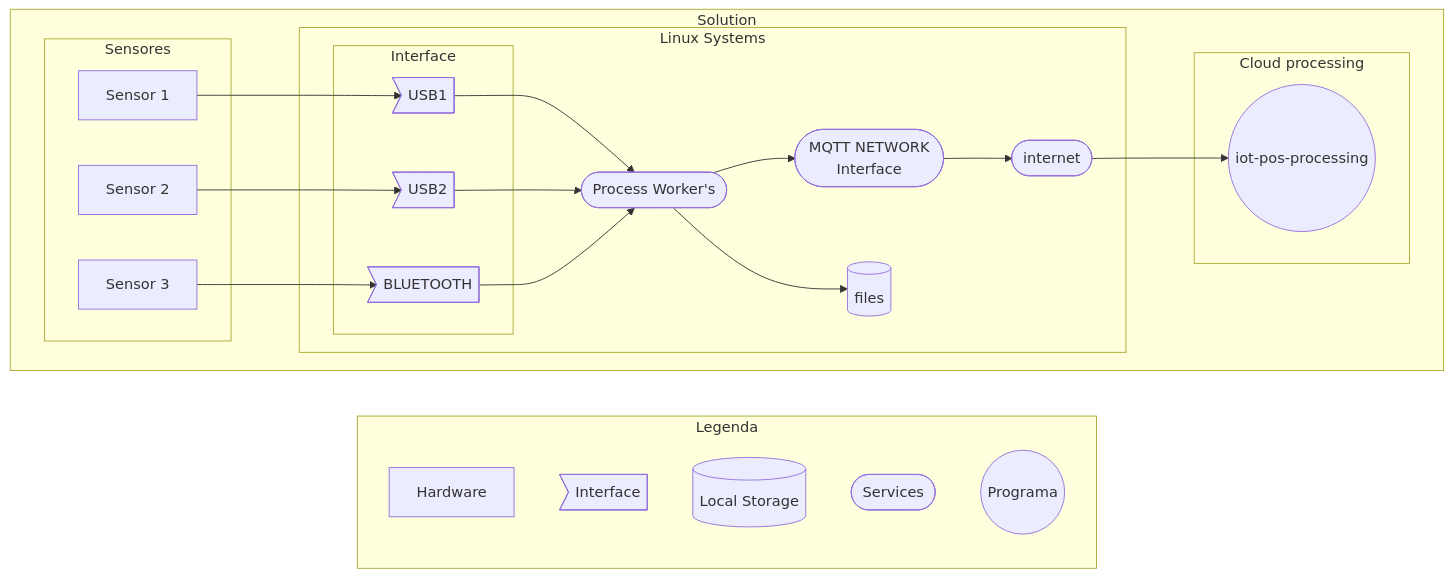
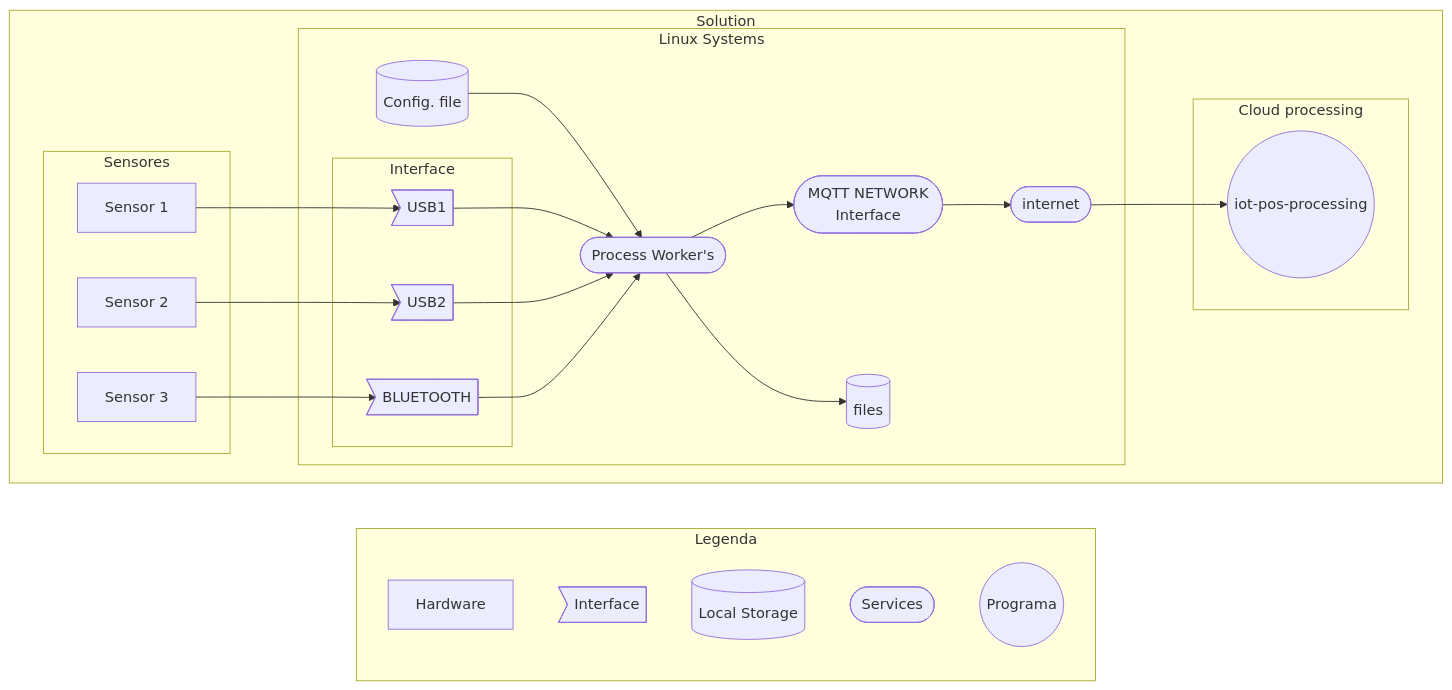
Before and after one commit to felipengeletrica/EdgeGateway: the diagram in diagram/diagram.mmd, drawn with Mermaid. The commit also changed other lines of this file, not shown here.

```diff
--- a/diagram/diagram.mmd
+++ b/diagram/diagram.mmd
@@ -1,39 +1,40 @@
 graph LR
     subgraph Legenda
         hardware[Hardware]
         interface>Interface]
         file[(Local Storage)]
         services([Services])
         program((Programa))
     end
 
     subgraph Solution
         direction LR
 
         subgraph Linux Systems
             datalogger([Process Worker's])-->server
             datalogger([Process Worker's])--> files[(files)]
+            ConfigFile[(Config. file)] --> datalogger([Process Worker's])
             server([MQTT NETWORK \n Interface])-->internet
             internet([internet])
 
             subgraph Interface
                 USB1
                 USB2
                 BLUETOOTH
             end
             USB1>USB1] --> datalogger
             USB2>USB2] --> datalogger
             BLUETOOTH>BLUETOOTH] --> datalogger
         end
 
         subgraph Sensores
             s1[Sensor 1] --> USB1
             s2[Sensor 2] --> USB2
             s3[Sensor 3] --> BLUETOOTH
         end
 
         internet --> brocker
         subgraph Cloud processing 
             brocker((iot-pos-processing))
         end
     end
```
